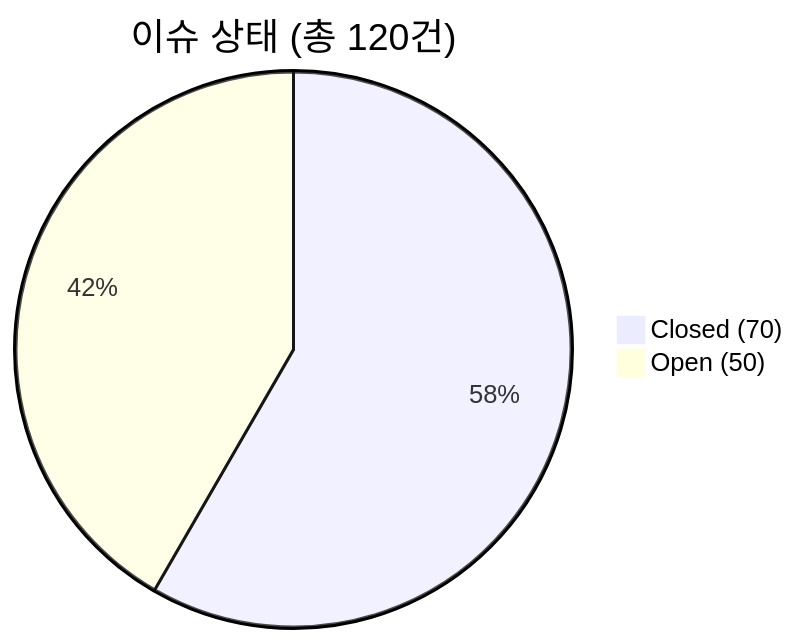
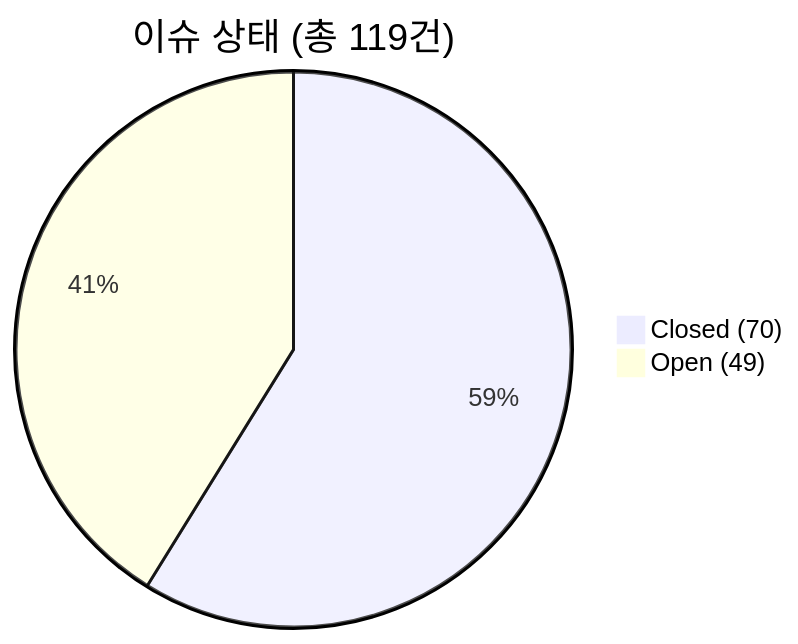
Before and after one commit to holee9/MD-process: the first of 4 diagrams in README.md, drawn with Mermaid. The commit also changed other lines of this file, not shown here.

````diff
--- a/README.md
+++ b/README.md
@@ -87,5 +87,5 @@
 ```mermaid
-pie title 이슈 상태 (총 120건)
+pie title 이슈 상태 (총 119건)
     "Closed (70)" : 70
-    "Open (50)" : 50
+    "Open (49)" : 49
 ```
````
